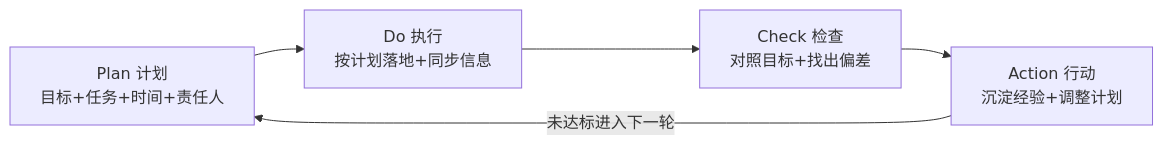
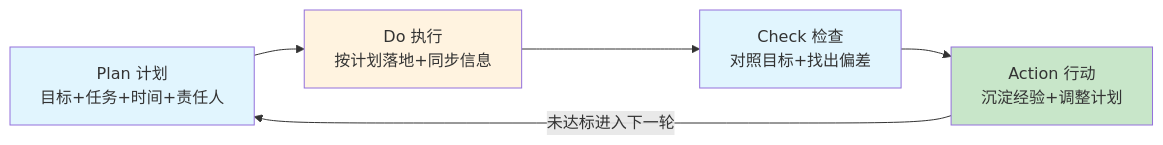
One commit to chongyang211/YCBookBlog changed the second of 7 diagrams in packages/website/11.书籍/05.自我精进·成事/15.PDCA循环执行法.md. Above: the diagram before and after it, drawn with Mermaid. The commit also changed other lines of this file and 5 other files, not shown here.

````diff
--- a/packages/website/11.书籍/05.自我精进·成事/15.PDCA循环执行法.md
+++ b/packages/website/11.书籍/05.自我精进·成事/15.PDCA循环执行法.md
@@ -63,7 +70,11 @@
 ```mermaid
 graph LR
     P[Plan 计划<br/>目标+任务+时间+责任人] --> D[Do 执行<br/>按计划落地+同步信息]
     D --> C[Check 检查<br/>对照目标+找出偏差]
     C --> A[Action 行动<br/>沉淀经验+调整计划]
     A -->|未达标进入下一轮| P
+    style P fill:#e1f5fe
+    style D fill:#fff3e0
+    style C fill:#e1f5fe
+    style A fill:#c8e6c9
 ```
````
